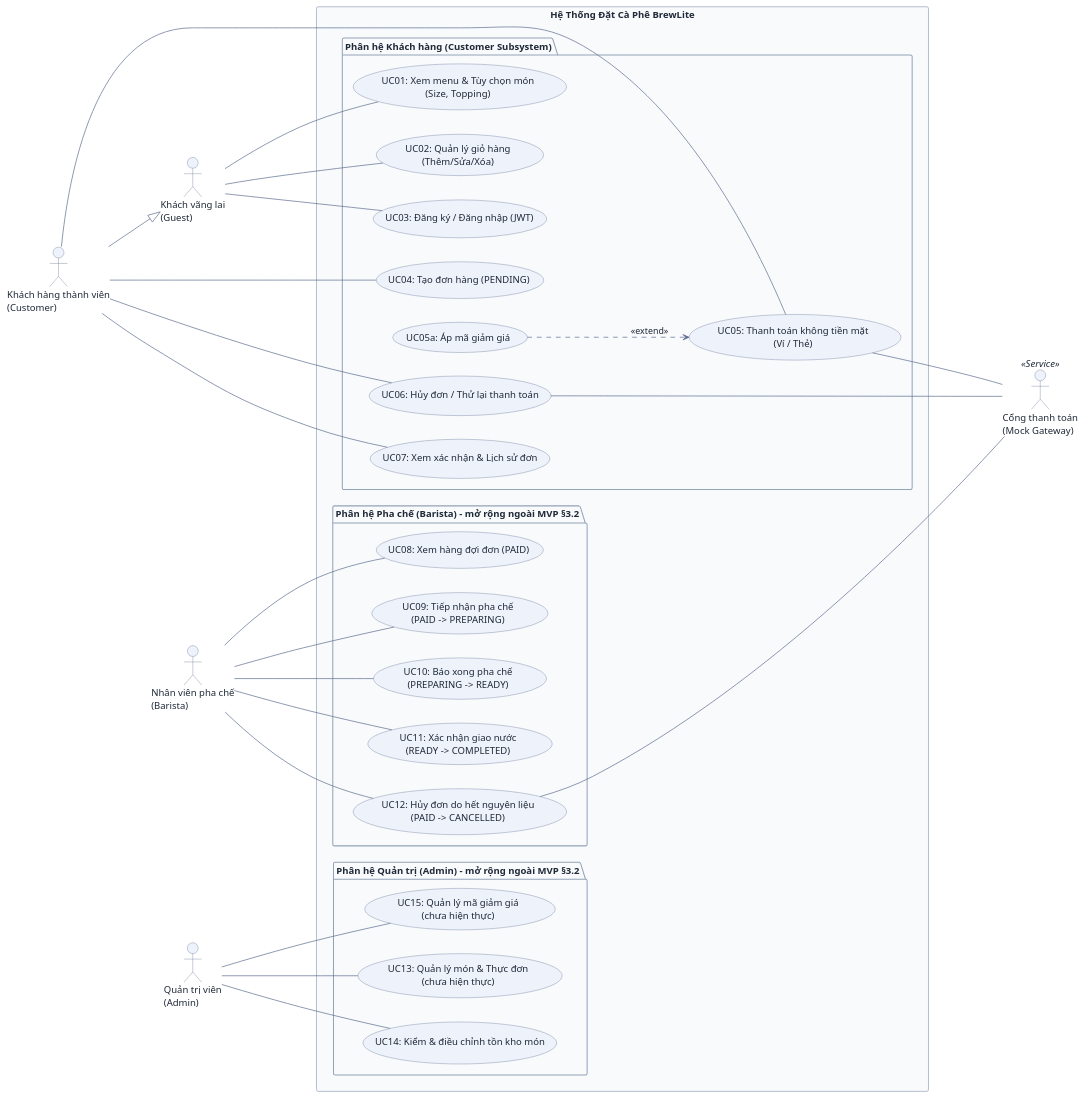
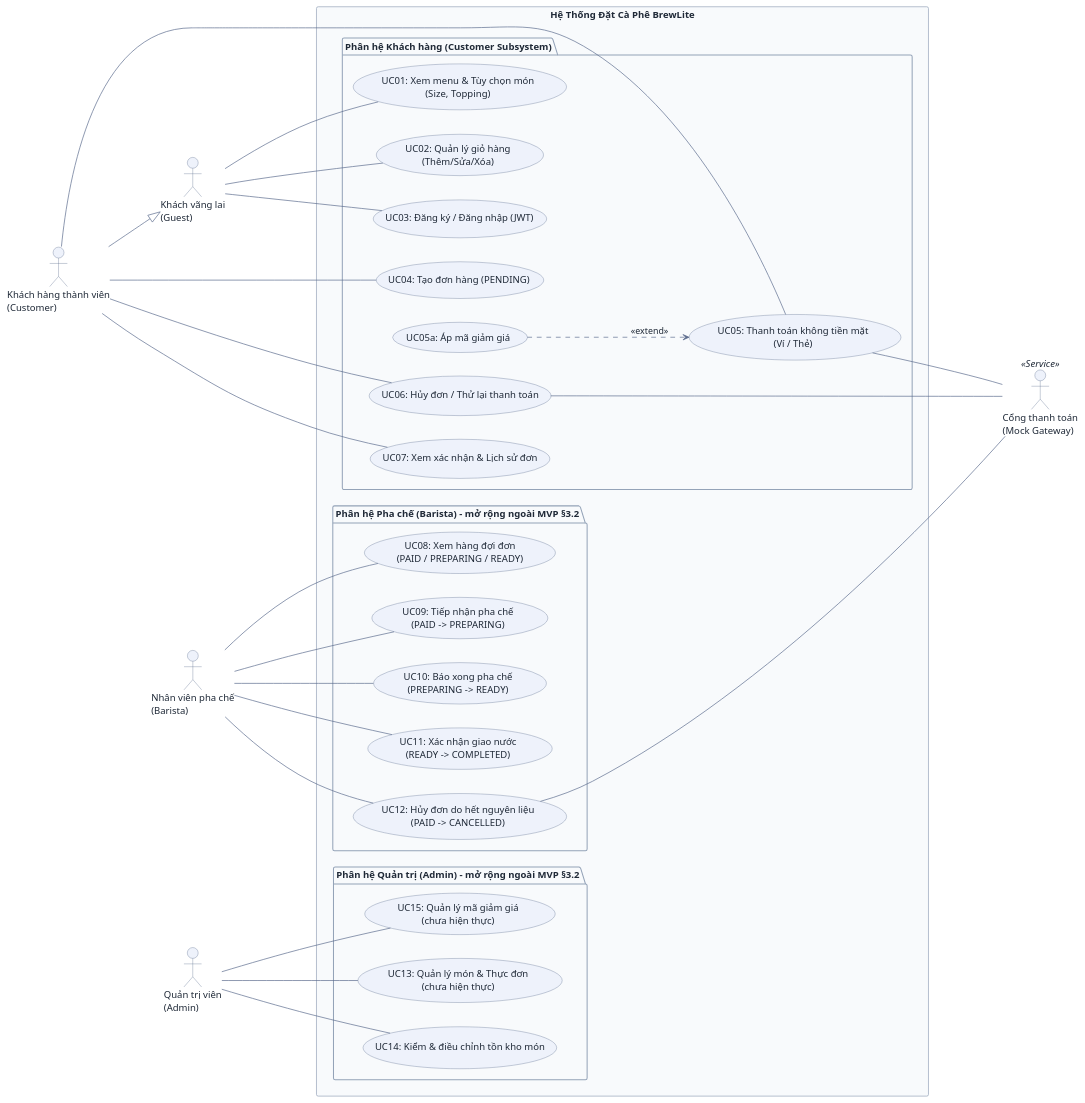
Before and after one commit to DuVinhLoi/BrewLite: the first of 2 diagrams in docs/use-case-specifications.md, drawn with PlantUML. The commit also changed other lines of this file and 3 other files, not shown here.

First line of the commit message:
docs: dong bo use-case/sequence voi code, plan doc-code-sync, rule .claude/rules/doc-code-sync.md

```diff
--- a/docs/use-case-specifications.md
+++ b/docs/use-case-specifications.md
@@ -75,7 +75,7 @@
 
   ' --- PHÂN HỆ PHA CHẾ (BARISTA SUBSYSTEM) ---
   package "Phân hệ Pha chế (Barista) – mở rộng ngoài MVP §3.2" {
-    usecase "UC08: Xem hàng đợi đơn (PAID)" as UC08
+    usecase "UC08: Xem hàng đợi đơn\n(PAID / PREPARING / READY)" as UC08
     usecase "UC09: Tiếp nhận pha chế\n(PAID -> PREPARING)" as UC09
     usecase "UC10: Báo xong pha chế\n(PREPARING -> READY)" as UC10
     usecase "UC11: Xác nhận giao nước\n(READY -> COMPLETED)" as UC11
```
